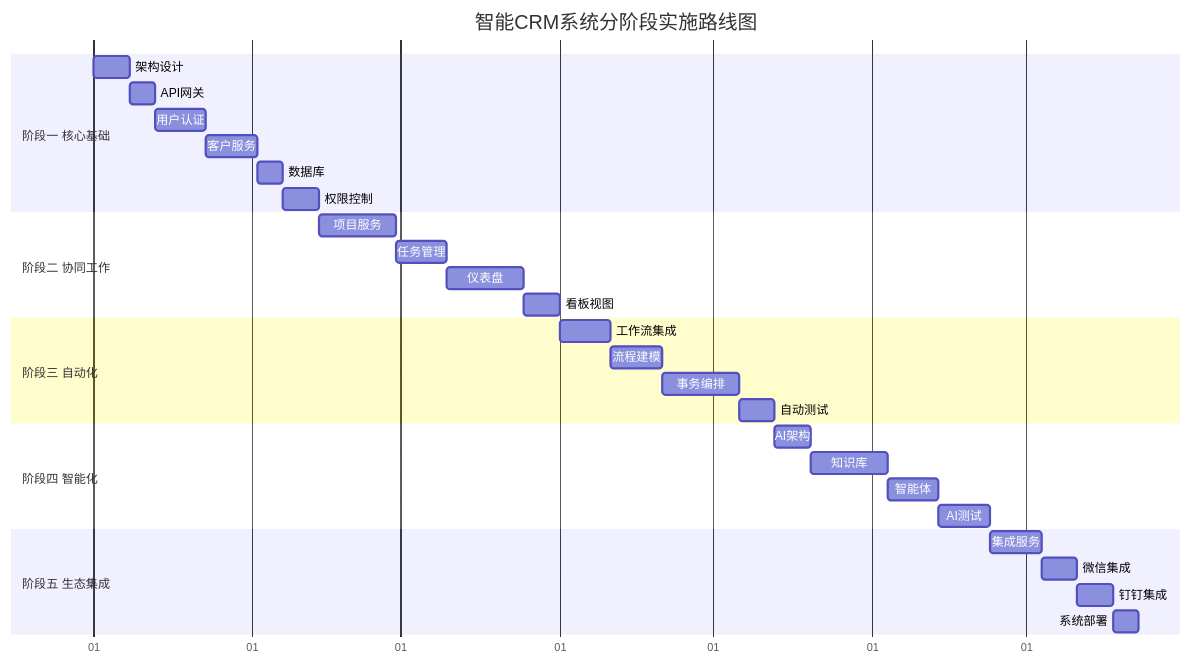
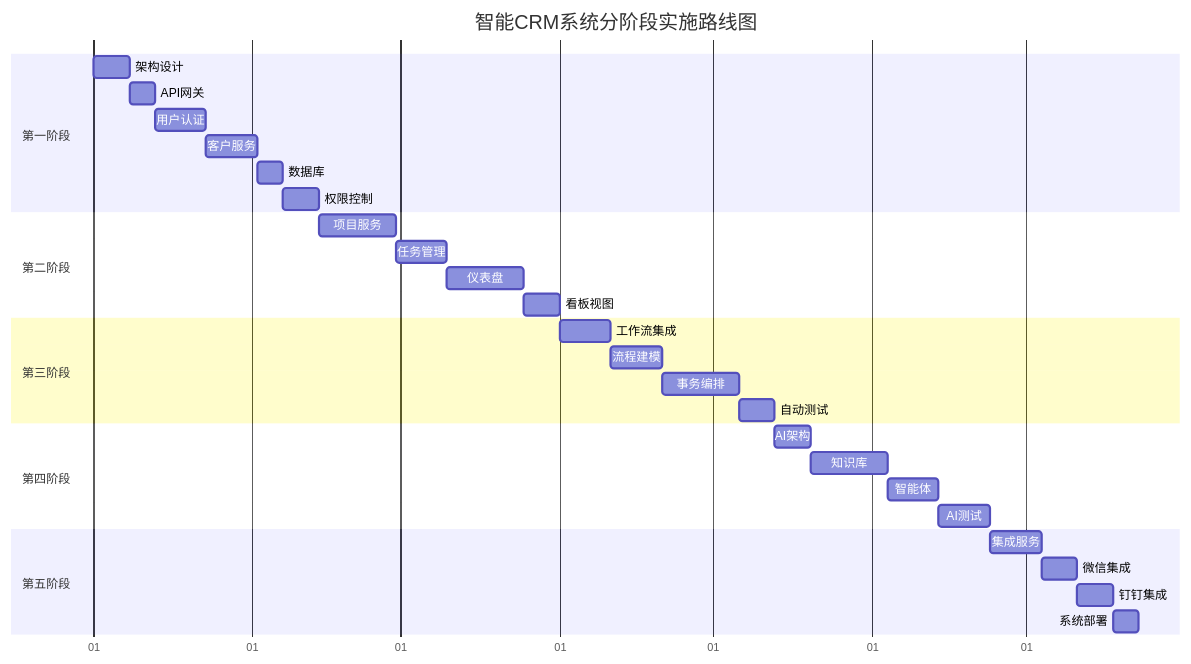
The sixth of 8 diagrams in master-simplified.md (zavierd/ZHCRM), drawn with Mermaid before and after one commit. The commit also changed 1 other file, not shown here.

Commit message:
fix: 修复Gantt图阶段标签显示截断问题
- 简化阶段标题为'第一阶段'、'第二阶段'等
- 避免长标题在左侧标签区域被截断
- 确保所有阶段标签完整显示
- 保持简洁明了的阶段划分
- 提升Gantt图的整体可读性

````diff
--- a/master-simplified.md
+++ b/master-simplified.md
@@ -601,38 +601,38 @@
 ```mermaid
 gantt
     title 智能CRM系统分阶段实施路线图
     dateFormat YYYY-MM-DD
     axisFormat %d
 
-    section 阶段一 核心基础
+    section 第一阶段
     架构设计    :arch, 2024-01-01, 7d
     API网关     :gateway, after arch, 5d
     用户认证    :auth, after gateway, 10d
     客户服务    :customer, after auth, 10d
     数据库      :db, after customer, 5d
     权限控制    :rbac, after db, 7d
 
-    section 阶段二 协同工作
+    section 第二阶段
     项目服务    :project, after rbac, 15d
     任务管理    :task, after project, 10d
     仪表盘      :dashboard, after task, 15d
     看板视图    :kanban, after dashboard, 7d
 
-    section 阶段三 自动化
+    section 第三阶段
     工作流集成   :workflow, after kanban, 10d
     流程建模    :bpmn, after workflow, 10d
     事务编排    :saga, after bpmn, 15d
     自动测试    :auto_test, after saga, 7d
 
-    section 阶段四 智能化
+    section 第四阶段
     AI架构      :ai_arch, after auto_test, 7d
     知识库      :rag, after ai_arch, 15d
     智能体      :agents, after rag, 10d
     AI测试      :ai_test, after agents, 10d
 
-    section 阶段五 生态集成
+    section 第五阶段
     集成服务    :integration, after ai_test, 10d
     微信集成    :wechat, after integration, 7d
     钉钉集成    :dingtalk, after wechat, 7d
     系统部署    :deploy, after dingtalk, 5d
 ```
````
